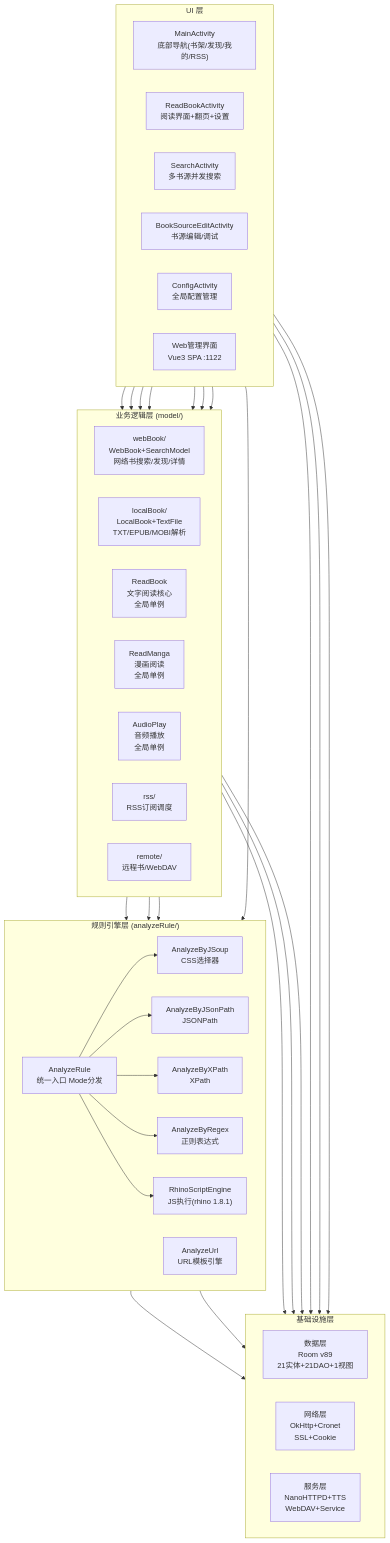
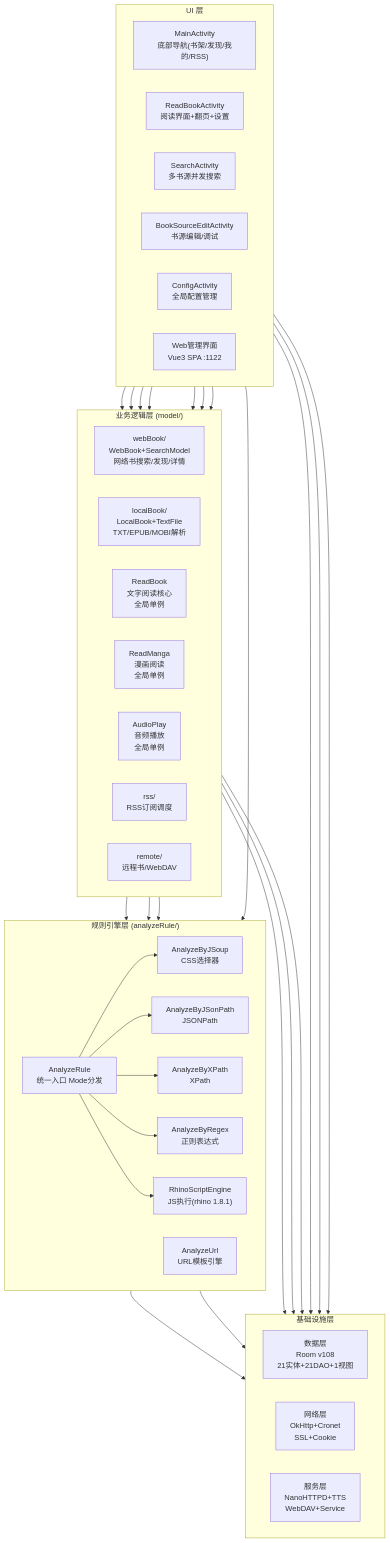
The diagram in docs/project-flow/architecture/overview.md (legado-backup/legado-m), drawn with Mermaid before and after one commit. The commit also changed other lines of this file and 526 other files, not shown here.

````diff
--- a/docs/project-flow/architecture/overview.md
+++ b/docs/project-flow/architecture/overview.md
@@ -42,57 +42,57 @@
 ```mermaid
 %%{init: {'themeVariables': {'fontFamily': 'Microsoft YaHei, SimHei, sans-serif'}}}%%
 flowchart TB
     subgraph UI["UI 层"]
         direction LR
         A1["MainActivity<br/>底部导航(书架/发现/我的/RSS)"]
         A2["ReadBookActivity<br/>阅读界面+翻页+设置"]
         A3["SearchActivity<br/>多书源并发搜索"]
         A4["BookSourceEditActivity<br/>书源编辑/调试"]
         A5["ConfigActivity<br/>全局配置管理"]
         A6["Web管理界面<br/>Vue3 SPA :1122"]
     end
 
     subgraph BIZ["业务逻辑层 (model/)"]
         direction LR
         B1["webBook/<br/>WebBook+SearchModel<br/>网络书搜索/发现/详情"]
         B2["localBook/<br/>LocalBook+TextFile<br/>TXT/EPUB/MOBI解析"]
         B3["ReadBook<br/>文字阅读核心<br/>全局单例"]
         B4["ReadManga<br/>漫画阅读<br/>全局单例"]
         B5["AudioPlay<br/>音频播放<br/>全局单例"]
         B6["rss/<br/>RSS订阅调度"]
         B7["remote/<br/>远程书/WebDAV"]
     end
 
     subgraph ENGINE["规则引擎层 (analyzeRule/)"]
         direction LR
         C1["AnalyzeRule<br/>统一入口 Mode分发"]
         C2["AnalyzeByJSoup<br/>CSS选择器"]
         C3["AnalyzeByJSonPath<br/>JSONPath"]
         C4["AnalyzeByXPath<br/>XPath"]
         C5["AnalyzeByRegex<br/>正则表达式"]
         C6["RhinoScriptEngine<br/>JS执行(rhino 1.8.1)"]
         C7["AnalyzeUrl<br/>URL模板引擎"]
     end
 
     subgraph INFRA["基础设施层"]
         direction LR
-        D1["数据层<br/>Room v89<br/>21实体+21DAO+1视图"]
+        D1["数据层<br/>Room v108<br/>21实体+21DAO+1视图"]
         D2["网络层<br/>OkHttp+Cronet<br/>SSL+Cookie"]
         D3["服务层<br/>NanoHTTPD+TTS<br/>WebDAV+Service"]
     end
 
     A1 --> B1 & B2 & B6
     A2 --> B3
     A2 --> B4 & B5
     A3 --> B1
     A4 --> C1
     B1 --> C1 & C7
     B2 --> C1
     B3 --> D1 & D2
     B1 --> D2
     C1 --> C2 & C3 & C4 & C5 & C6
     C7 --> D2
     C1 --> D1
     A5 --> D1 & D3
     A6 --> D3
 ```
````
